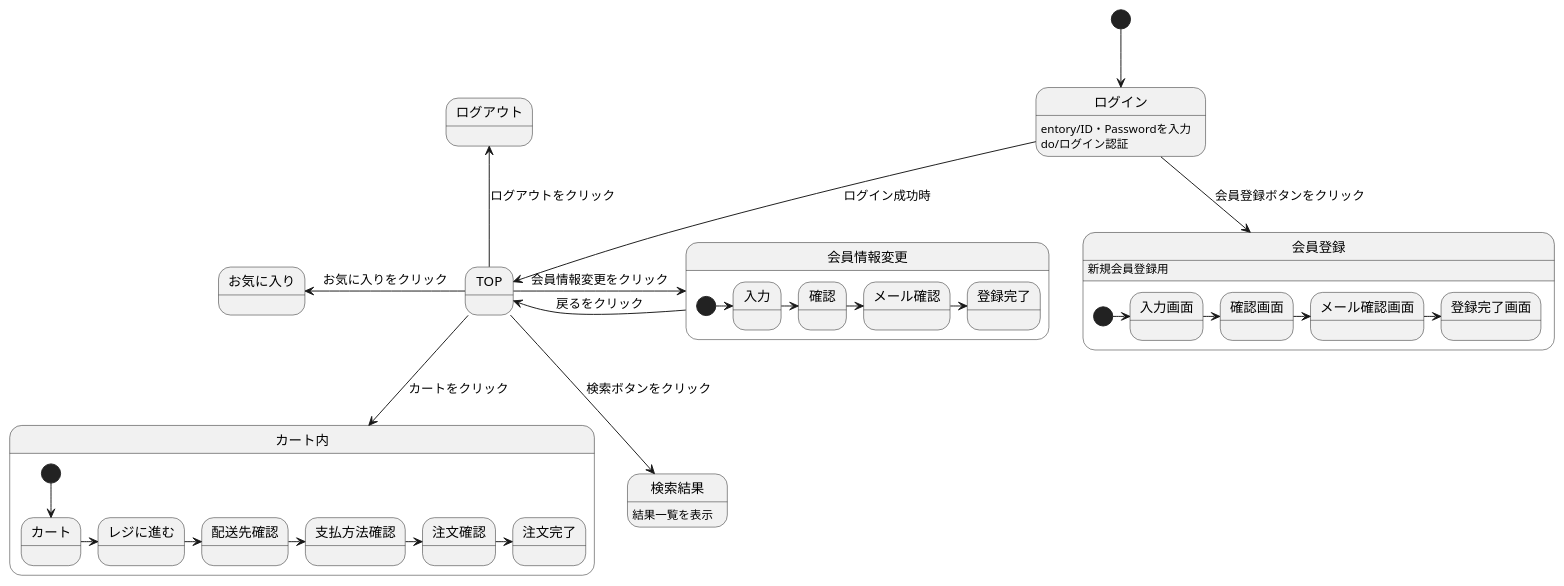
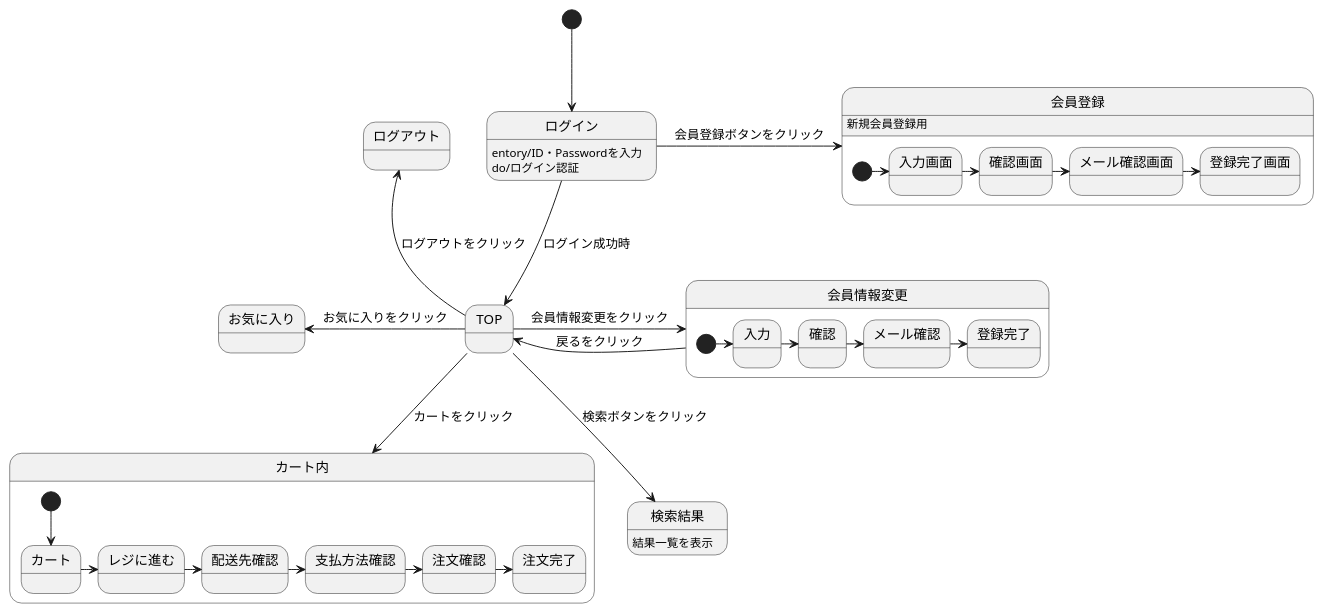
The diagram in チーム開発/画面遷移.md (Aso2101121/2021sys-design-2), drawn with PlantUML before and after one commit.

````diff
--- a/チーム開発/画面遷移.md
+++ b/チーム開発/画面遷移.md
@@ -1,42 +1,42 @@
 ```uml
 @startuml
 [*]      -down->   ログイン 
 ログイン  -down->   TOP: ログイン成功時
 ログイン: entory/ID・Passwordを入力
 ログイン: do/ログイン認証
-ログイン  -->   会員登録: 会員登録ボタンをクリック
+ログイン  -right->   会員登録: 会員登録ボタンをクリック
 会員登録: 新規会員登録用
 TOP      -right->   会員情報変更: 会員情報変更をクリック
 会員情報変更  ->    TOP: 戻るをクリック
 TOP       -down->  カート内: カートをクリック
 TOP       -up->    ログアウト: ログアウトをクリック
 TOP       -left->  お気に入り: お気に入りをクリック
 TOP      -down->   検索結果: 検索ボタンをクリック
 検索結果: 結果一覧を表示
 
 
 state 会員登録{
  [*]     ->  入力画面
  入力画面     ->  確認画面
  確認画面    ->  メール確認画面
  メール確認画面 -> 登録完了画面
 }
 
 state 会員情報変更{
  [*]     ->  入力
  入力     ->  確認
  確認     ->  メール確認
  メール確認 -> 登録完了
 }
 
 state カート内{
  [*]    -->    カート
  カート  ->    レジに進む
  レジに進む  ->  配送先確認
  配送先確認 ->   支払方法確認
  支払方法確認 -> 注文確認
  注文確認 ->  注文完了
 }
 
 @enduml
 ```
````
